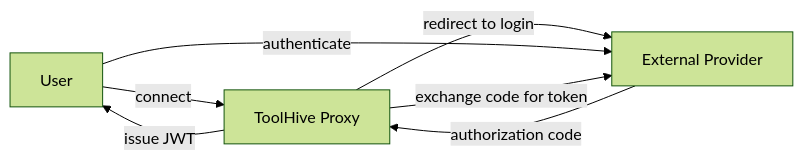
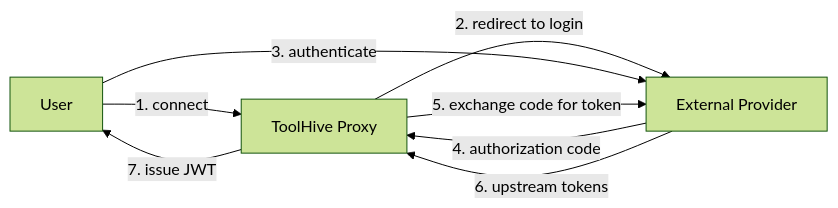
One commit to stacklok/docs-website changed the third of 5 diagrams in docs/toolhive/concepts/backend-auth.mdx. Above: the diagram before and after it, drawn with Mermaid (forest theme). The commit also changed other lines of this file and 2 other files, not shown here.

````diff
--- a/docs/toolhive/concepts/backend-auth.mdx
+++ b/docs/toolhive/concepts/backend-auth.mdx
@@ -167,13 +165,14 @@
 ```mermaid
 flowchart LR
     User[User]
     Proxy[ToolHive Proxy]
     ExtProvider[External Provider]
 
-    User -->|connect| Proxy
-    Proxy -->|redirect to login| ExtProvider
-    User -->|authenticate| ExtProvider
-    ExtProvider -->|authorization code| Proxy
-    Proxy -->|exchange code for token| ExtProvider
-    Proxy -->|issue JWT| User
+    User -->|1. connect| Proxy
+    Proxy -->|2. redirect to login| ExtProvider
+    User -->|3. authenticate| ExtProvider
+    ExtProvider -->|4. authorization code| Proxy
+    Proxy -->|5. exchange code for token| ExtProvider
+    ExtProvider -->|6. upstream tokens| Proxy
+    Proxy -->|7. issue JWT| User
 ```
````
